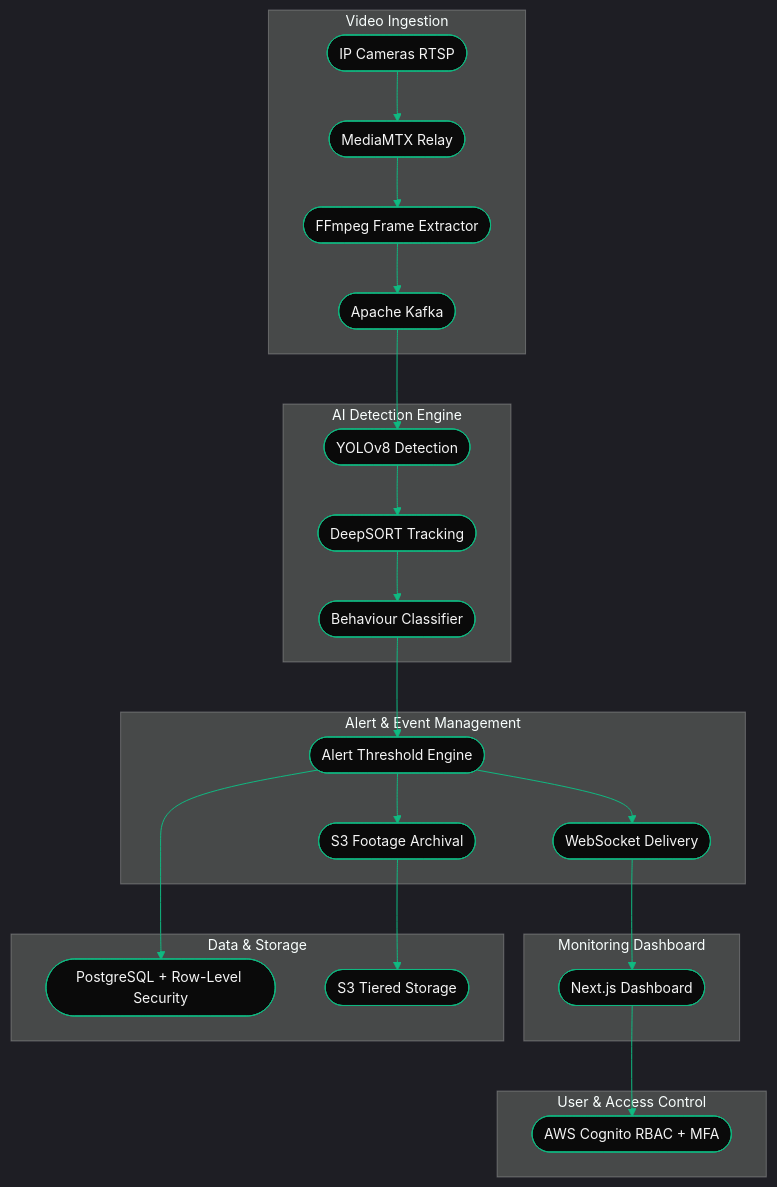
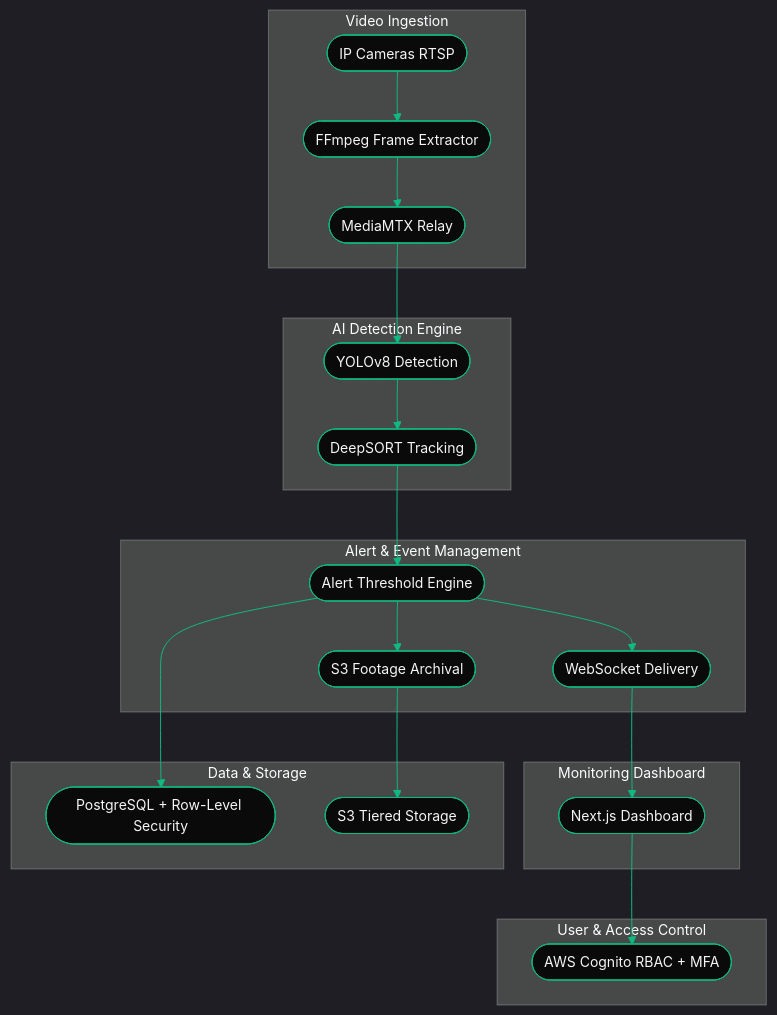
Before and after one commit to COS301-SE-2026/Neighbourhood-WatchDog: the first of 2 diagrams in README.md, drawn with Mermaid. The commit also changed other lines of this file, not shown here.

````diff
--- a/README.md
+++ b/README.md
@@ -77,50 +77,48 @@
 ```mermaid
 %%{init: {'theme':'dark', 'themeVariables': {
   'primaryColor':'#10B981', 'primaryTextColor':'#F5F5F5',
   'primaryBorderColor':'#10B981', 'lineColor':'#10B981',
   'secondaryColor':'#0D1B2A','tertiaryColor':'#0A0A0A','background':'#0A0A0A',
   'fontSize':'14px'
 }}}%%
 flowchart TD
     subgraph VI["Video Ingestion"]
         CAM(["IP Cameras RTSP"])
+        FF(["FFmpeg Frame Extractor"])
         MTX(["MediaMTX Relay"])
-        FF(["FFmpeg Frame Extractor"])
-        KAF(["Apache Kafka"])
     end
     subgraph AI["AI Detection Engine"]
         YOLO(["YOLOv8 Detection"])
         DS(["DeepSORT Tracking"])
-        BC(["Behaviour Classifier"])
     end
     subgraph AE["Alert & Event Management"]
         AT(["Alert Threshold Engine"])
         WS(["WebSocket Delivery"])
         S3A(["S3 Footage Archival"])
     end
     subgraph UAC["User & Access Control"]
         COG(["AWS Cognito RBAC + MFA"])
     end
     subgraph MD["Monitoring Dashboard"]
         NEXT(["Next.js Dashboard"])
     end
     subgraph ST["Data & Storage"]
         PG(["PostgreSQL + Row-Level Security"])
         S3B(["S3 Tiered Storage"])
     end
-    CAM --> MTX --> FF --> KAF --> YOLO --> DS --> BC
-    BC --> AT --> WS --> NEXT
+    CAM --> FF --> MTX --> YOLO --> DS
+    DS --> AT --> WS --> NEXT
     AT --> S3A --> S3B
     NEXT --> COG
     AT --> PG
     classDef ingestion fill:#0A0A0A,stroke:#10B981,color:#F5F5F5
     classDef ai fill:#0A0A0A,stroke:#10B981,color:#F5F5F5
     classDef alert fill:#0A0A0A,stroke:#10B981,color:#F5F5F5
     classDef storage fill:#0A0A0A,stroke:#10B981,color:#F5F5F5
     classDef ui fill:#0A0A0A,stroke:#10B981,color:#F5F5F5
     class CAM,MTX,FF,KAF ingestion
     class YOLO,DS,BC ai
     class AT,WS,S3A alert
     class PG,S3B storage
     class NEXT,COG ui
 ```
````
